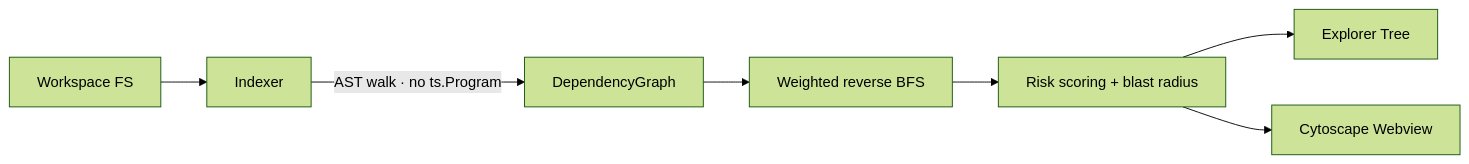
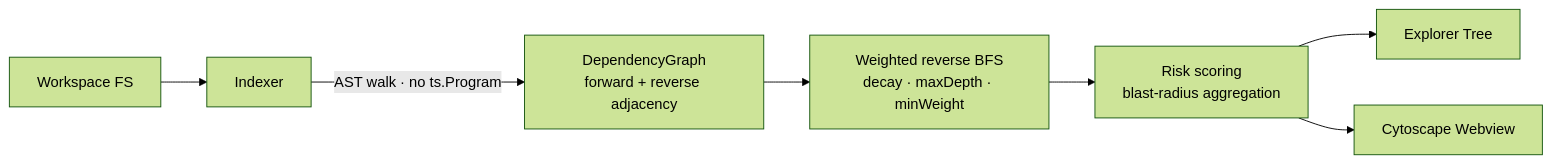
One commit to Srujan4812/vscode changed the diagram in README.md. Above: the diagram before and after it, drawn with Mermaid (forest theme). The commit also changed other lines of this file and 1 other file, not shown here.

````diff
--- a/README.md
+++ b/README.md
@@ -89,9 +63,9 @@
 ```mermaid
 flowchart LR
 	FS["Workspace FS"] --> Indexer
-	Indexer -->|AST walk · no ts.Program| Graph["DependencyGraph"]
-	Graph --> BFS["Weighted reverse BFS"]
-	BFS --> Scorer["Risk scoring + blast radius"]
+	Indexer -->|AST walk · no ts.Program| Graph["DependencyGraph<br/>forward + reverse adjacency"]
+	Graph --> BFS["Weighted reverse BFS<br/>decay · maxDepth · minWeight"]
+	BFS --> Scorer["Risk scoring<br/>blast-radius aggregation"]
 	Scorer --> Tree["Explorer Tree"]
 	Scorer --> Webview["Cytoscape Webview"]
 ```
````
